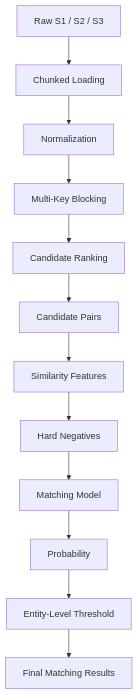
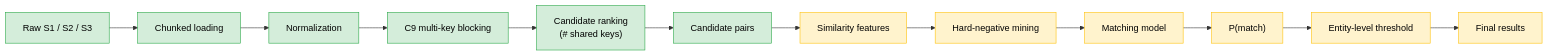
Before and after one commit to DharmiSapariya/Amazom_ML_Challenge_2026: the third of 6 diagrams in README.md, drawn with Mermaid. The commit also changed other lines of this file, not shown here.

````diff
--- a/README.md
+++ b/README.md
@@ -110,14 +158,19 @@
 ```mermaid
-flowchart TD
-    A["Raw S1 / S2 / S3"] --> B["Chunked Loading"]
+flowchart LR
+    A["Raw S1 / S2 / S3"] --> B["Chunked loading"]
     B --> C["Normalization"]
-    C --> D["Multi-Key Blocking"]
-    D --> E["Candidate Ranking"]
-    E --> F["Candidate Pairs"]
-    F --> G["Similarity Features"]
-    G --> H["Hard Negatives"]
-    H --> I["Matching Model"]
-    I --> J["Probability"]
-    J --> K["Entity-Level Threshold"]
-    K --> L["Final Matching Results"]
+    C --> D["C9 multi-key blocking"]
+    D --> E["Candidate ranking<br/>(# shared keys)"]
+    E --> F["Candidate pairs"]
+    F --> G["Similarity features"]
+    G --> H["Hard-negative mining"]
+    H --> I["Matching model"]
+    I --> J["P(match)"]
+    J --> K["Entity-level threshold"]
+    K --> L["Final results"]
+
+    classDef done fill:#d4edda,stroke:#28a745,color:#000;
+    classDef todo fill:#fff3cd,stroke:#ffc107,color:#000;
+    class A,B,C,D,E,F done;
+    class G,H,I,J,K,L todo;
 ```
````
